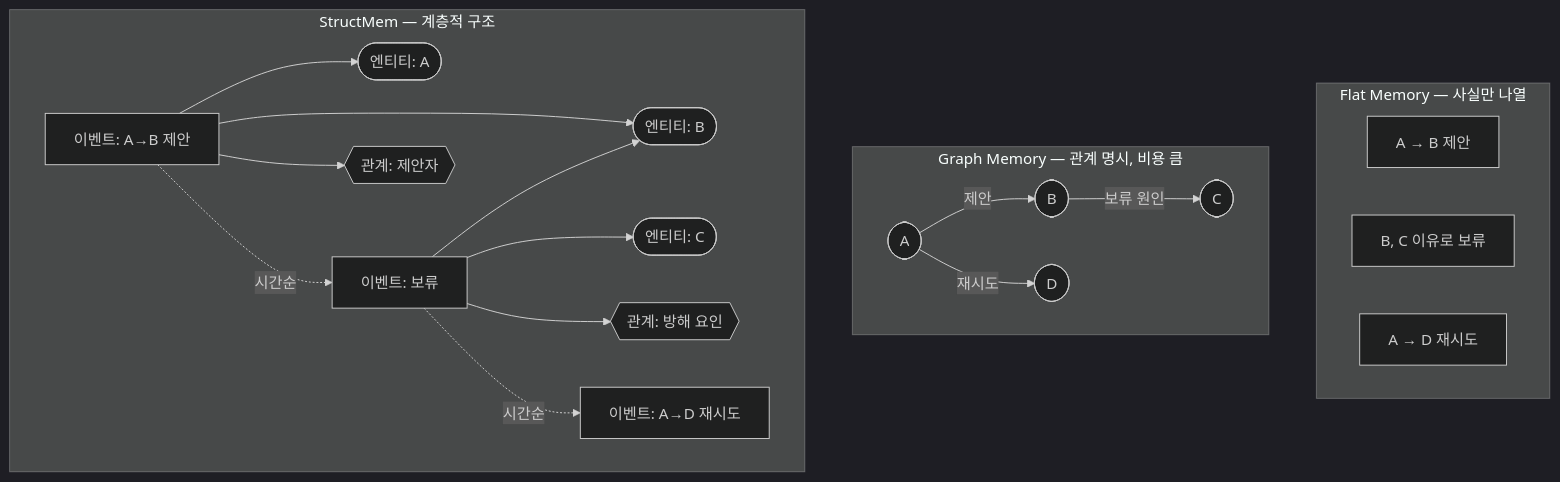
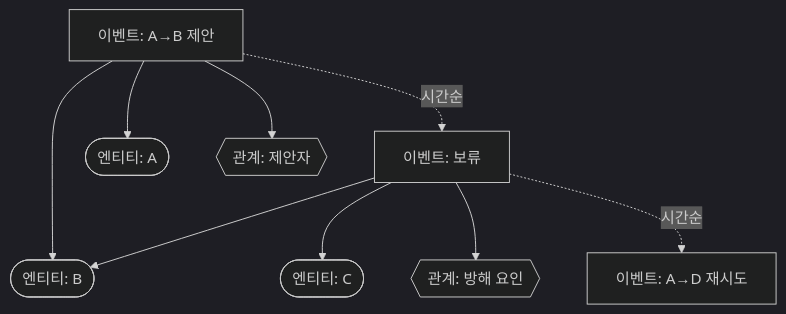
One commit to pheeree/pheeree.github.io changed the third of 7 diagrams in _posts/2026-04-26-structured-memory-long-horizon.md. Above: the diagram before and after it, drawn with Mermaid (dark theme). The commit also changed other lines of this file and 10 other files, not shown here.

````diff
--- a/_posts/2026-04-26-structured-memory-long-horizon.md
+++ b/_posts/2026-04-26-structured-memory-long-horizon.md
@@ -38,34 +66,19 @@
 ```mermaid
 graph TD
-  subgraph Flat["Flat Memory — 사실만 나열"]
-    F1["A → B 제안"]
-    F2["B, C 이유로 보류"]
-    F3["A → D 재시도"]
-  end
-
-  subgraph Graph["Graph Memory — 관계 명시, 비용 큼"]
-    G_A(["A"])
-    G_B(["B"])
-    G_C(["C"])
-    G_D(["D"])
-    G_A -->|"제안"| G_B
-    G_B -->|"보류 원인"| G_C
-    G_A -->|"재시도"| G_D
-  end
-
-  subgraph Struct["StructMem — 계층적 구조"]
-    E1["이벤트: A→B 제안"]
-    E2["이벤트: 보류"]
-    E3["이벤트: A→D 재시도"]
-    EN_A(["엔티티: A"])
-    EN_B(["엔티티: B"])
-    EN_C(["엔티티: C"])
-    R1{{"관계: 제안자"}}
-    R2{{"관계: 방해 요인"}}
-    E1 --> EN_A & EN_B
-    E2 --> EN_B & EN_C
-    E1 --> R1
-    E2 --> R2
-    E1 -.시간순.-> E2 -.시간순.-> E3
-  end
+  E1["이벤트: A→B 제안"]
+  E2["이벤트: 보류"]
+  E3["이벤트: A→D 재시도"]
+  EN_A(["엔티티: A"])
+  EN_B(["엔티티: B"])
+  EN_C(["엔티티: C"])
+  R1{{"관계: 제안자"}}
+  R2{{"관계: 방해 요인"}}
+  E1 --> EN_A
+  E1 --> EN_B
+  E2 --> EN_B
+  E2 --> EN_C
+  E1 --> R1
+  E2 --> R2
+  E1 -. "시간순" .-> E2
+  E2 -. "시간순" .-> E3
 ```
````
